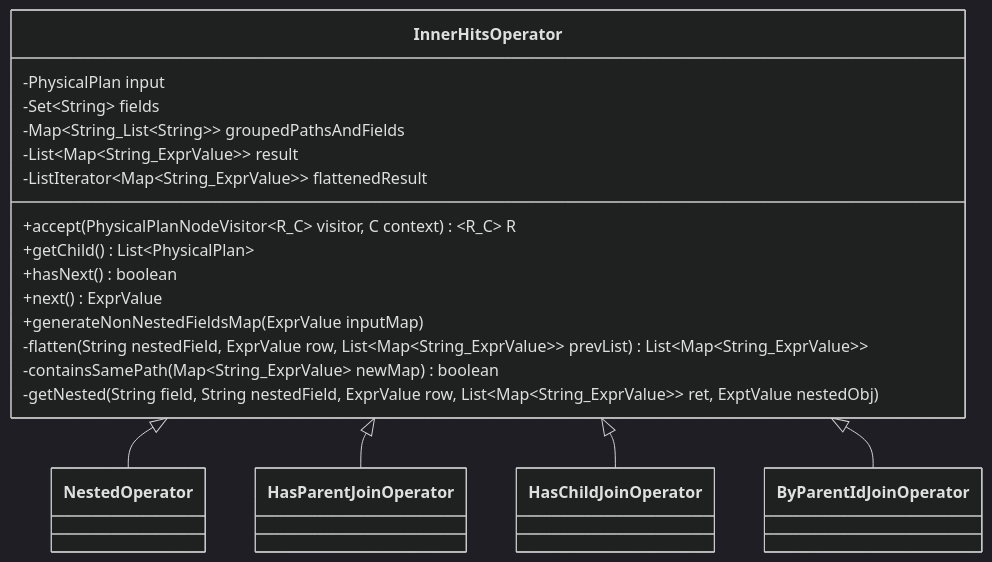
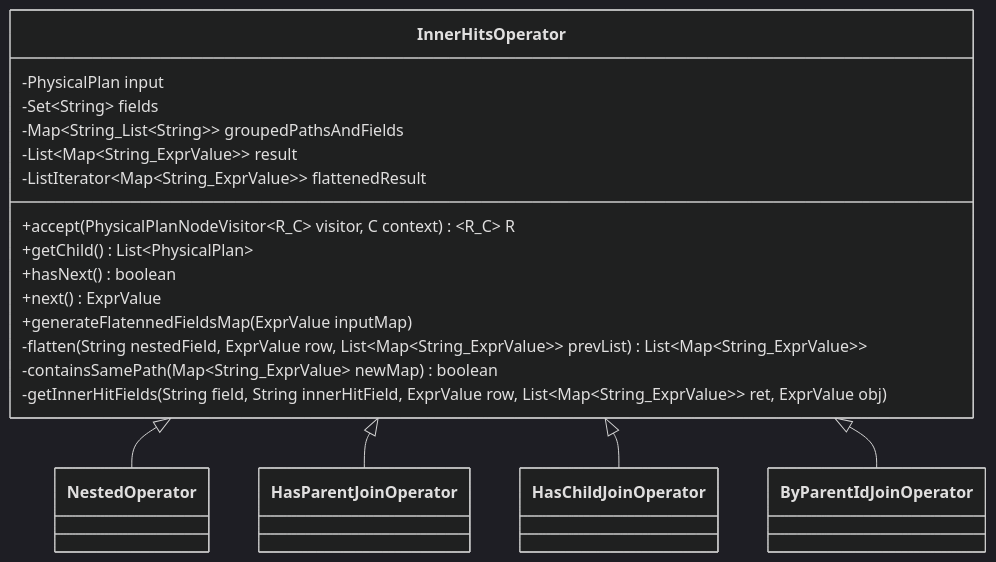
The eighth of 8 diagrams in docs/dev/opensearch-same-table-join-query.md (Bit-Quill/opensearch-project-sql), drawn with Mermaid (dark theme) before and after one commit. The commit also changed other lines of this file and 1 other file, not shown here.

Commit message:
Add same-table-joins ER relations

````diff
--- a/docs/dev/opensearch-same-table-join-query.md
+++ b/docs/dev/opensearch-same-table-join-query.md
@@ -1088,24 +1204,24 @@
 ```mermaid
 classDiagram
     class InnerHitsOperator {
         -PhysicalPlan input
         -Set~String~ fields
         -Map~String_List~String~~ groupedPathsAndFields
         -List~Map~String_ExprValue~~ result
         -ListIterator~Map~String_ExprValue~~ flattenedResult
 
         +accept(PhysicalPlanNodeVisitor~R_C~ visitor, C context) ~R_C~ R
         +getChild() List~PhysicalPlan~
         +hasNext() boolean
         +next() ExprValue
-        +generateNonNestedFieldsMap(ExprValue inputMap)
+        +generateFlatennedFieldsMap(ExprValue inputMap)
         -flatten(String nestedField, ExprValue row, List~Map~String_ExprValue~~ prevList) List~Map~String_ExprValue~~
         -containsSamePath(Map~String_ExprValue~ newMap) boolean
-        -getNested(String field, String nestedField, ExprValue row, List~Map~String_ExprValue~~ ret, ExptValue nestedObj)
+        -getInnerHitFields(String field, String innerHitField, ExprValue row, List~Map~String_ExprValue~~ ret, ExprValue obj)
     }
     
     InnerHitsOperator <|-- NestedOperator
     InnerHitsOperator <|-- HasParentJoinOperator
     InnerHitsOperator <|-- HasChildJoinOperator
     InnerHitsOperator <|-- ByParentIdJoinOperator
 ```
````
